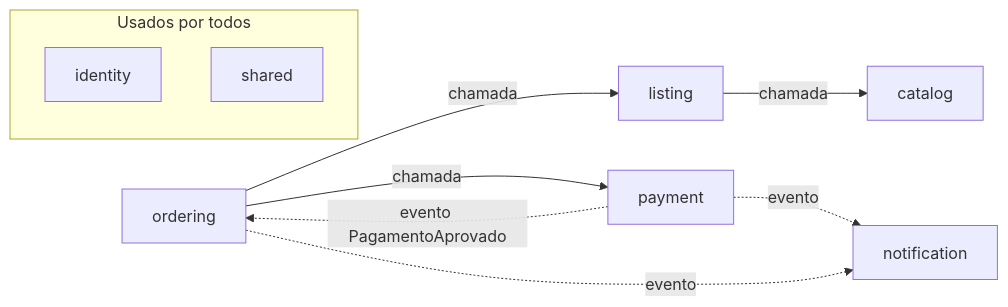
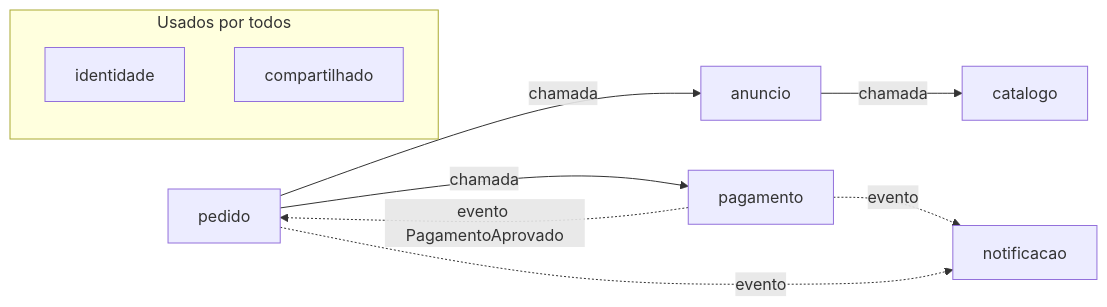
Before and after one commit to pedrohcvf/montai-backend: the first of 2 diagrams in docs/montai-documento-de-requisitos.md, drawn with Mermaid. The commit also changed other lines of this file and 1 other file, not shown here.

````diff
--- a/docs/montai-documento-de-requisitos.md
+++ b/docs/montai-documento-de-requisitos.md
@@ -163,13 +163,13 @@
 ```mermaid
 flowchart LR
-    listing -- chamada --> catalog
-    ordering -- chamada --> listing
-    ordering -- chamada --> payment
-    payment -. evento PagamentoAprovado .-> ordering
-    payment -. evento .-> notification
-    ordering -. evento .-> notification
+    anuncio -- chamada --> catalogo
+    pedido -- chamada --> anuncio
+    pedido -- chamada --> pagamento
+    pagamento -. evento PagamentoAprovado .-> pedido
+    pagamento -. evento .-> notificacao
+    pedido -. evento .-> notificacao
     subgraph base[Usados por todos]
-        identity
-        shared
+        identidade
+        compartilhado
     end
 ```
````
